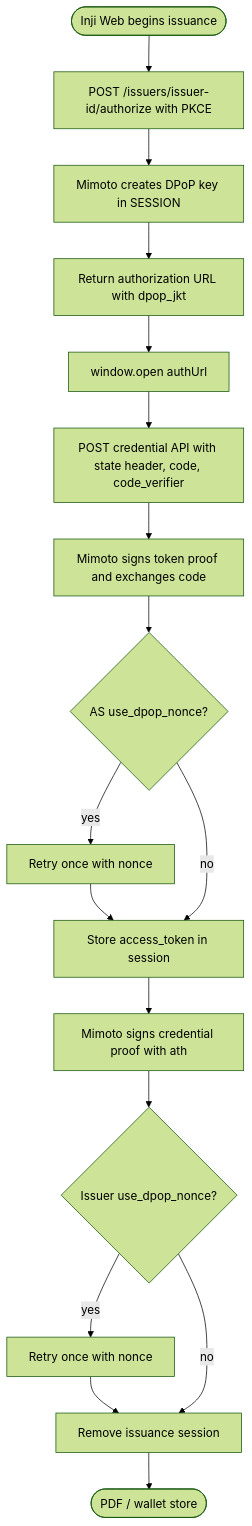
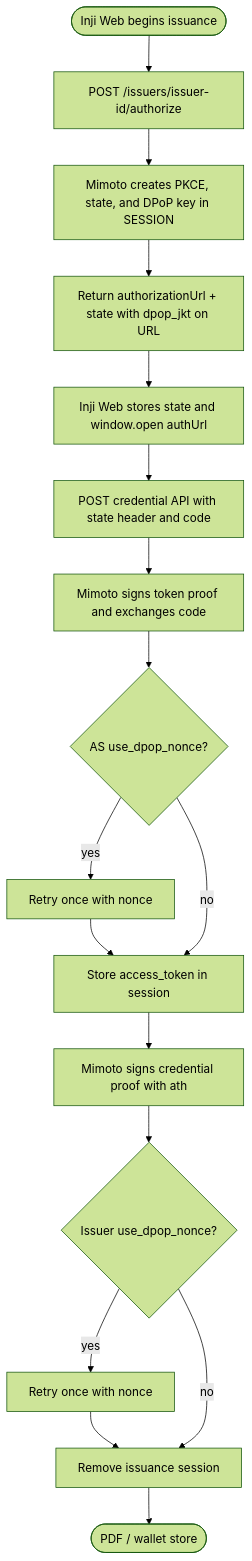
The first of 4 diagrams in docs/dpop-support.md (MadhuMosip/inji-web), drawn with Mermaid (forest theme) before and after one commit. The commit also changed other lines of this file, not shown here.

Commit message:
Updated DPoP doc

````diff
--- a/docs/dpop-support.md
+++ b/docs/dpop-support.md
@@ -174,19 +169,19 @@
 ```mermaid
 flowchart TD
-  A([Inji Web begins issuance]) --> B[POST /issuers/issuer-id/authorize with PKCE]
-  B --> C[Mimoto creates DPoP key in SESSION]
-  C --> D[Return authorization URL with dpop_jkt]
-  D --> E[window.open authUrl]
-  E --> F[POST credential API with state header, code, code_verifier]
+  A([Inji Web begins issuance]) --> B[POST /issuers/issuer-id/authorize]
+  B --> C[Mimoto creates PKCE, state, and DPoP key in SESSION]
+  C --> D[Return authorizationUrl + state with dpop_jkt on URL]
+  D --> E[Inji Web stores state and window.open authUrl]
+  E --> F[POST credential API with state header and code]
   F --> G[Mimoto signs token proof and exchanges code]
   G --> H{AS use_dpop_nonce?}
   H -- yes --> I[Retry once with nonce]
   I --> J[Store access_token in session]
   H -- no --> J
   J --> K[Mimoto signs credential proof with ath]
   K --> L{Issuer use_dpop_nonce?}
   L -- yes --> M[Retry once with nonce]
   M --> N[Remove issuance session]
   L -- no --> N
   N --> O([PDF / wallet store])
 ```
````
